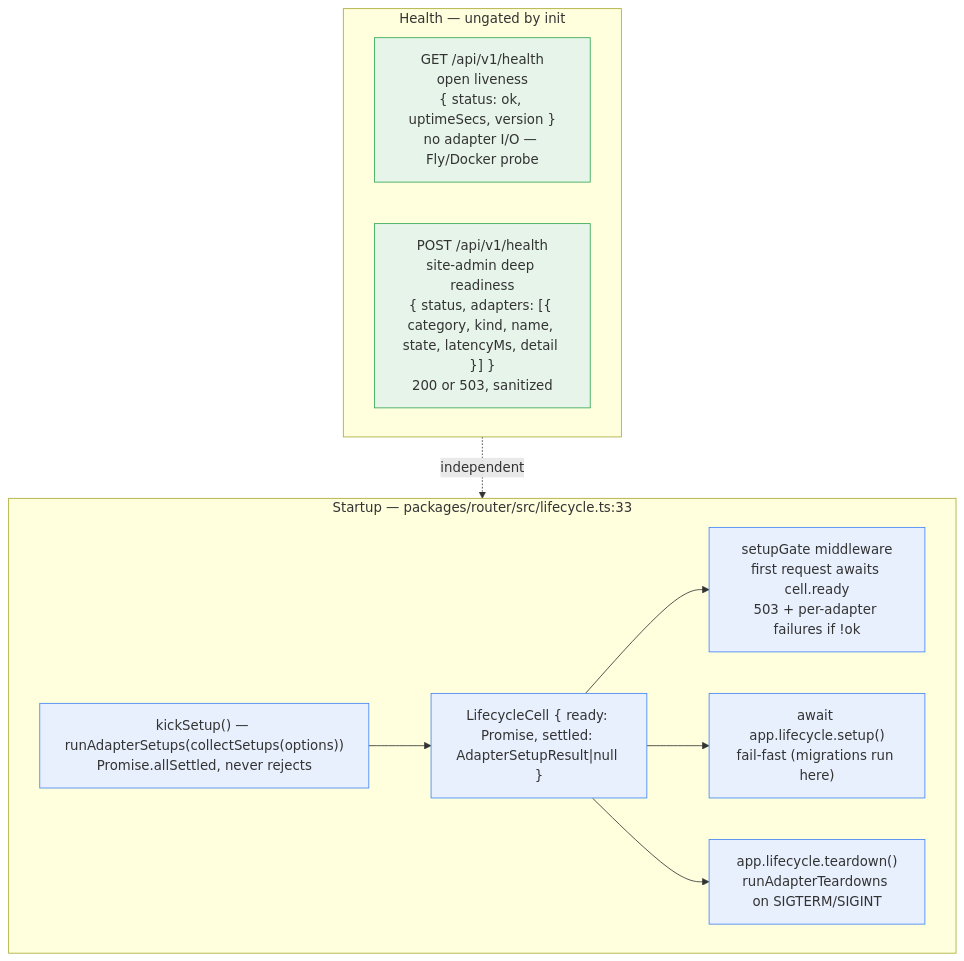
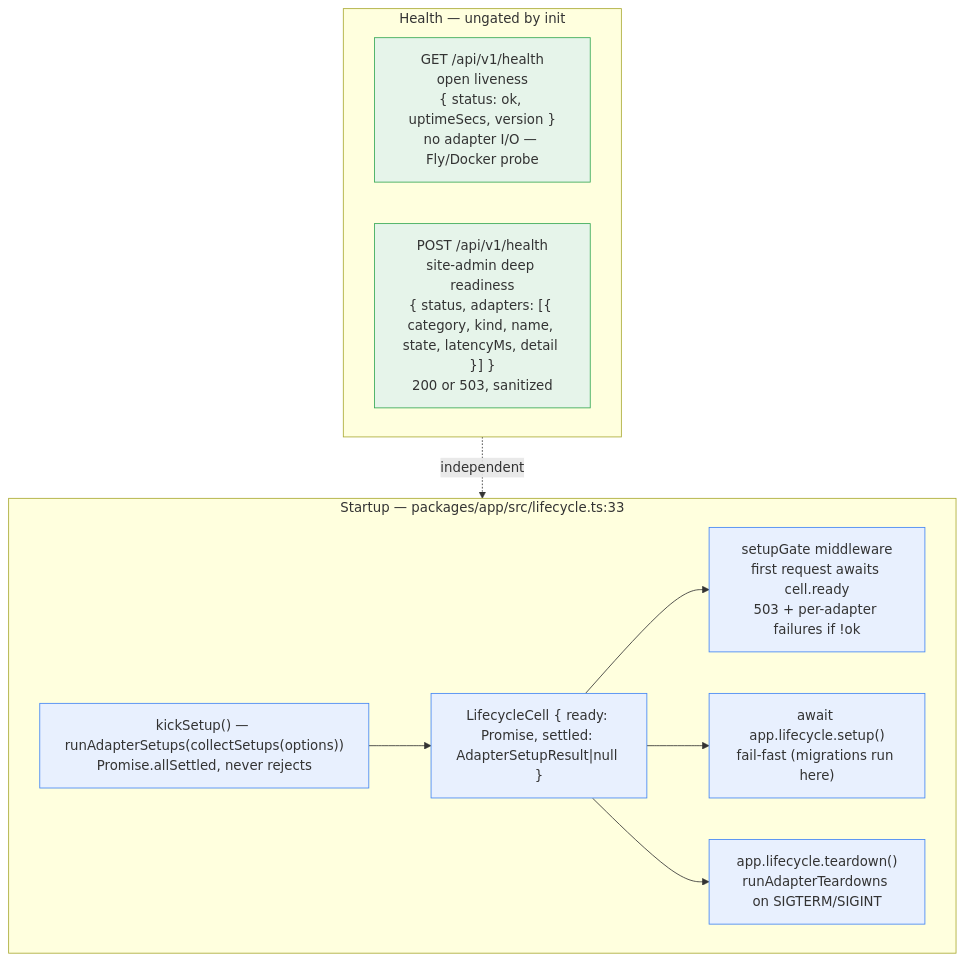
Before and after one commit to GuptaSiddhant/StoryShelf: diagram 13 of 18 in docs/architecture-diagrams.md, drawn with Mermaid. The commit also changed other lines of this file and 30 other files, not shown here.

````diff
--- a/docs/architecture-diagrams.md
+++ b/docs/architecture-diagrams.md
@@ -733,25 +733,25 @@
 ```mermaid
 flowchart TB
-    subgraph Init["Startup — packages/router/src/lifecycle.ts:33"]
+    subgraph Init["Startup — packages/app/src/lifecycle.ts:33"]
         kick["kickSetup() — runAdapterSetups(collectSetups(options))<br/>Promise.allSettled, never rejects"]
         cell["LifecycleCell { ready: Promise, settled: AdapterSetupResult|null }"]
         awaitInit["await app.lifecycle.setup()<br/>fail-fast (migrations run here)"]
         gate2["setupGate middleware<br/>first request awaits cell.ready<br/>503 + per-adapter failures if !ok"]
         close["app.lifecycle.teardown()<br/>runAdapterTeardowns on SIGTERM/SIGINT"]
     end
 
     subgraph Health["Health — ungated by init"]
         liveness["GET /api/v1/health<br/>open liveness<br/>{ status: ok, uptimeSecs, version }<br/>no adapter I/O — Fly/Docker probe"]
         readiness["POST /api/v1/health<br/>site-admin deep readiness<br/>{ status, adapters: [{ category, kind, name, state, latencyMs, detail }] }<br/>200 or 503, sanitized"]
     end
 
     kick --> cell --> gate2
     cell --> awaitInit
     cell --> close
     Health -. independent .-> Init
 
     classDef init fill:#e8f0fe,stroke:#4285f4;
     classDef health fill:#e6f4ea,stroke:#34a853;
     class kick,cell,awaitInit,gate2,close init;
     class liveness,readiness health;
 ```
````
